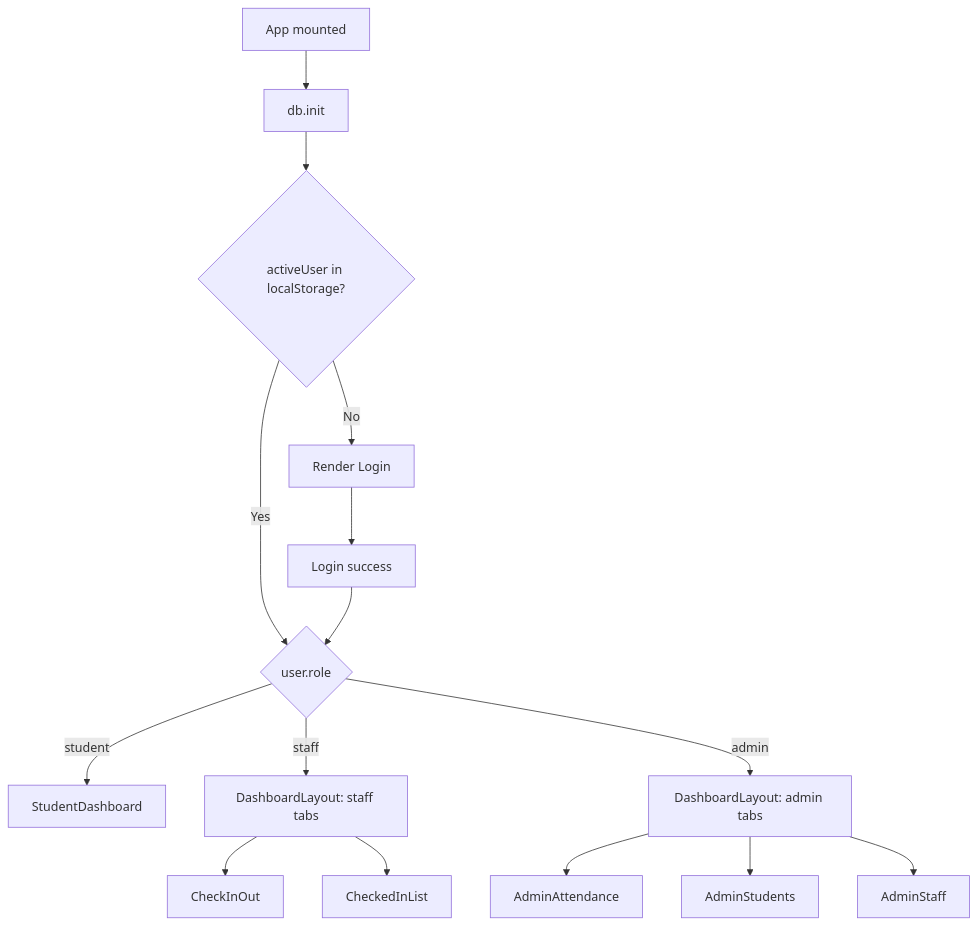
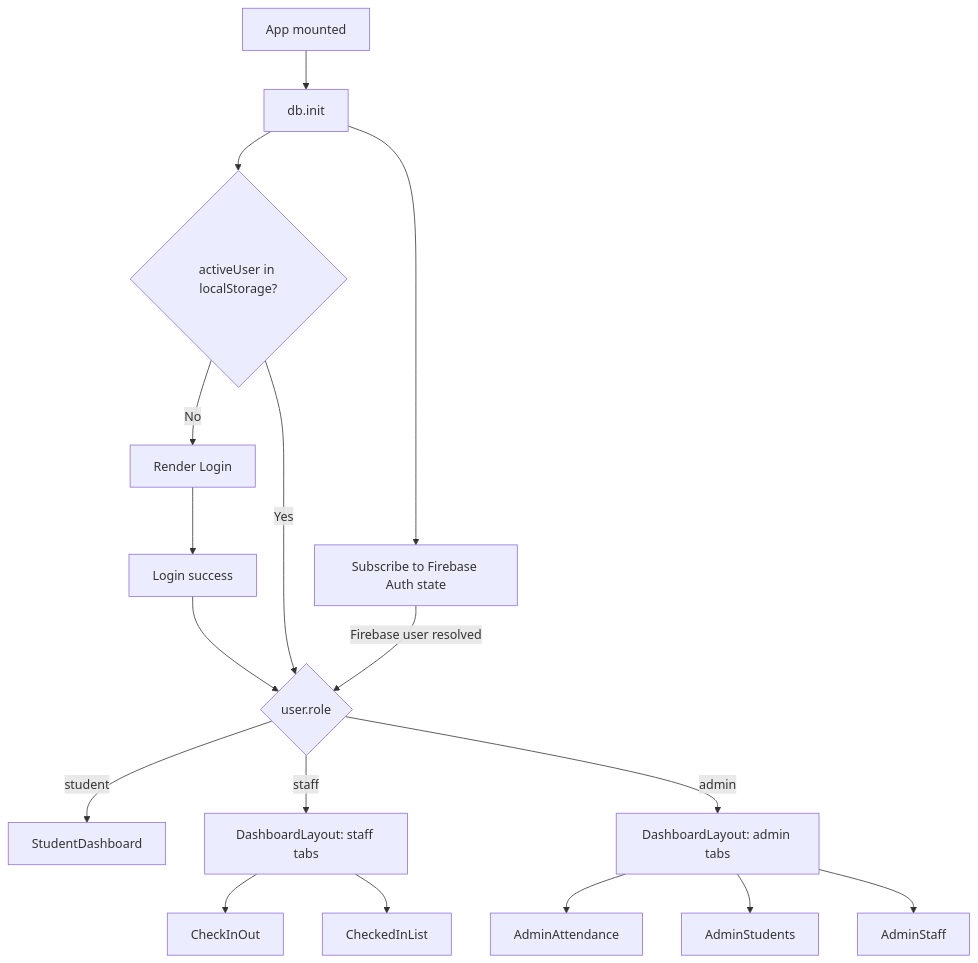
The second of 4 diagrams in docs/02-architecture.md (checkinout82026-cmd/checkin), drawn with Mermaid before and after one commit. The commit also changed other lines of this file and 9 other files, not shown here.

Commit message:
Integrate Firebase Auth and staff checkout approval

````diff
--- a/docs/02-architecture.md
+++ b/docs/02-architecture.md
@@ -62,21 +74,23 @@
 ```mermaid
 flowchart TD
   Start[App mounted] --> Init[db.init]
   Init --> Restore{activeUser in localStorage?}
   Restore -->|No| LoginScreen[Render Login]
   Restore -->|Yes| Role{user.role}
+  Init --> AuthState[Subscribe to Firebase Auth state]
+  AuthState -->|Firebase user resolved| Role
 
   LoginScreen --> Submit[Login success]
   Submit --> Role
 
   Role -->|student| Student[StudentDashboard]
   Role -->|staff| StaffLayout[DashboardLayout: staff tabs]
   Role -->|admin| AdminLayout[DashboardLayout: admin tabs]
 
   StaffLayout --> CheckInOut[CheckInOut]
   StaffLayout --> CheckedIn[CheckedInList]
 
   AdminLayout --> Attendance[AdminAttendance]
   AdminLayout --> Students[AdminStudents]
   AdminLayout --> Staff[AdminStaff]
 ```
````
